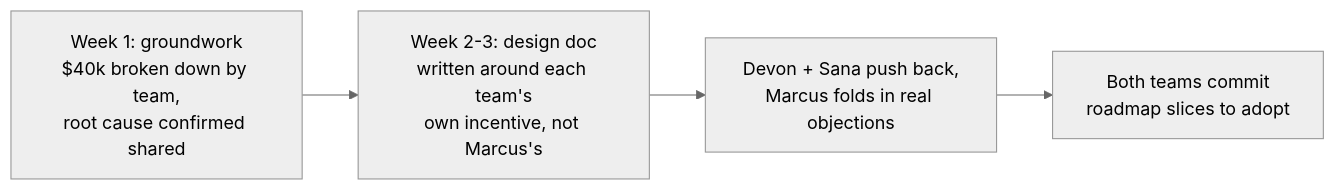
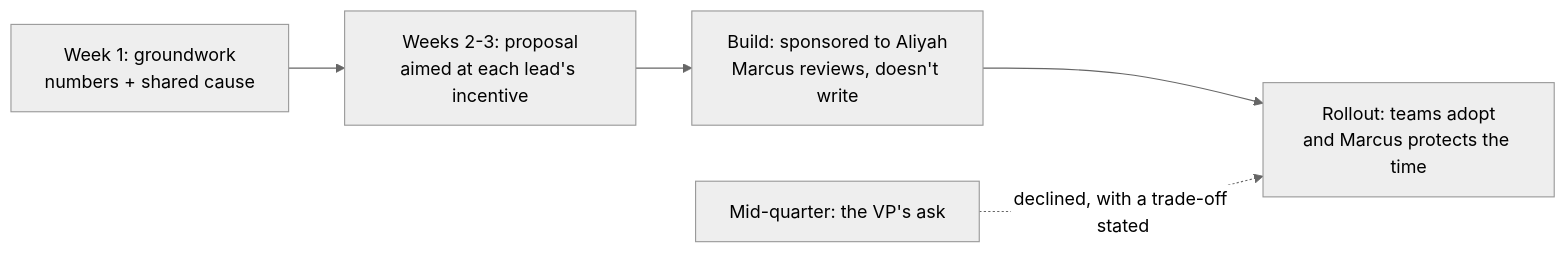
The diagram in src/content/career-craft/staff-scope/L3-deep-dive.mdx (francoandreDev/knowledge), drawn with Mermaid (neutral theme) before and after one commit. The commit also changed other lines of this file and 3 other files, not shown here.

````diff
--- a/src/content/career-craft/staff-scope/L3-deep-dive.mdx
+++ b/src/content/career-craft/staff-scope/L3-deep-dive.mdx
@@ -57,6 +48,7 @@
 ```mermaid
 flowchart LR
-    G["Week 1: groundwork\n$40k broken down by team,\nroot cause confirmed shared"] --> D["Week 2-3: design doc\nwritten around each team's\nown incentive, not Marcus's"]
-    D --> B["Devon + Sana push back,\nMarcus folds in real objections"]
-    B --> C["Both teams commit\nroadmap slices to adopt"]
+    G["Week 1: groundwork\nnumbers + shared cause"] --> D["Weeks 2-3: proposal\naimed at each lead's incentive"]
+    D --> S["Build: sponsored to Aliyah\nMarcus reviews, doesn't write"]
+    S --> R["Rollout: teams adopt\nand Marcus protects the time"]
+    V["Mid-quarter: the VP's ask"] -.declined, with a trade-off stated.-> R
 ```
````
